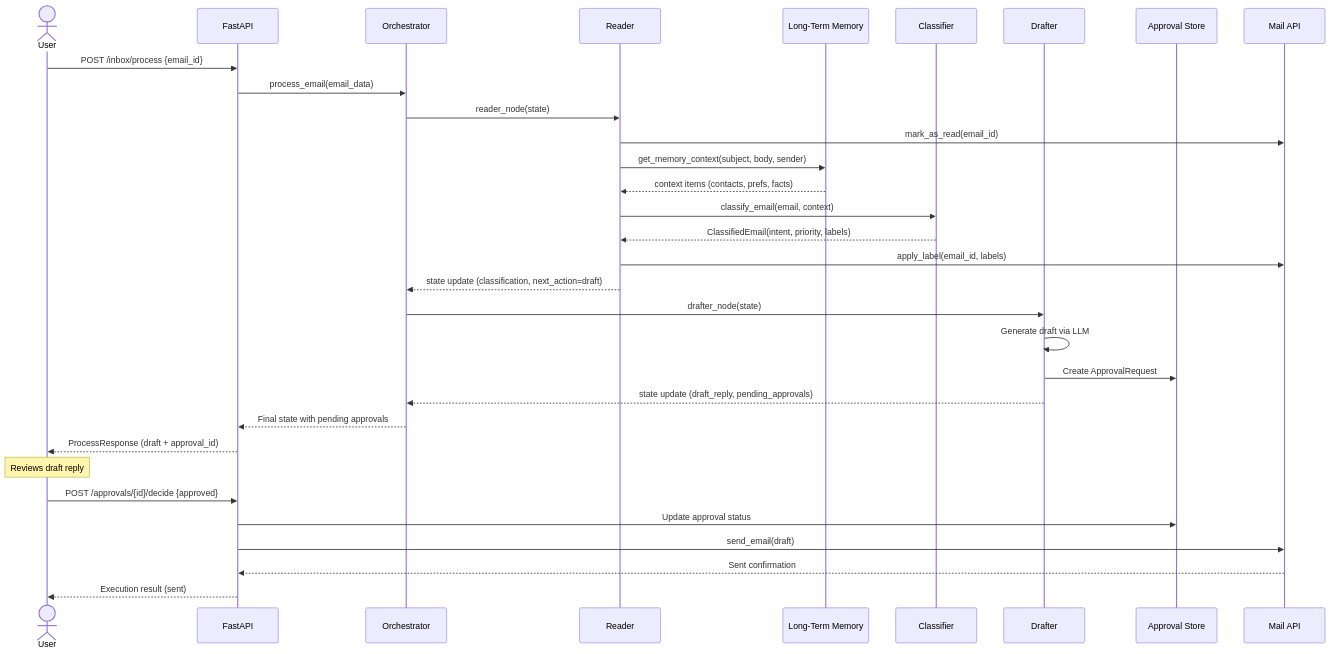
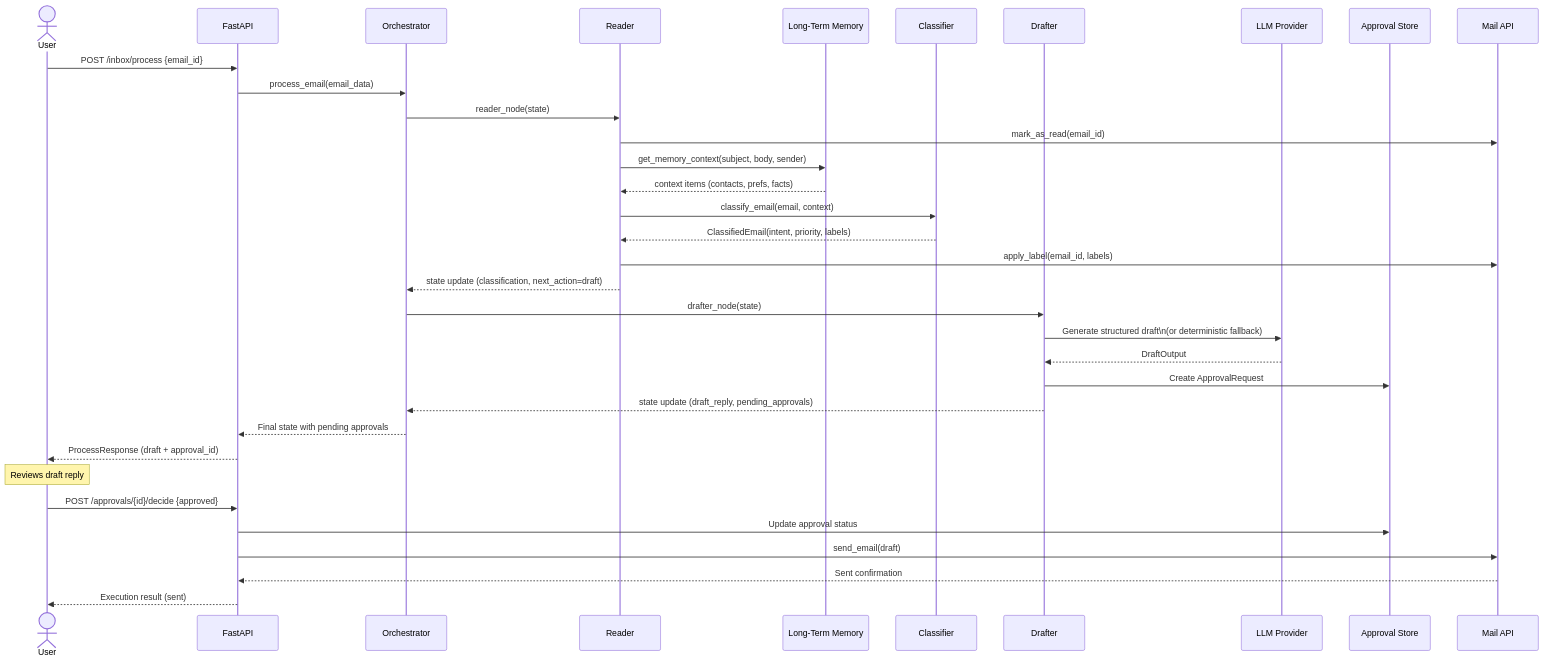
The third of 4 diagrams in docs/architecture.md (ArgirisBaras/betsson_assessment), drawn with Mermaid before and after one commit. The commit also changed other lines of this file and 1 other file, not shown here.

Commit message:
docs: update README and architecture

````diff
--- a/docs/architecture.md
+++ b/docs/architecture.md
@@ -126,40 +130,42 @@
 ```mermaid
 sequenceDiagram
     actor User
     participant API as FastAPI
     participant ORC as Orchestrator
     participant RDR as Reader
     participant MEM as Long-Term Memory
     participant CLS as Classifier
     participant DRF as Drafter
+    participant LLM as LLM Provider
     participant APR as Approval Store
     participant MAIL as Mail API
 
     User->>API: POST /inbox/process {email_id}
     API->>ORC: process_email(email_data)
 
     ORC->>RDR: reader_node(state)
     RDR->>MAIL: mark_as_read(email_id)
     RDR->>MEM: get_memory_context(subject, body, sender)
     MEM-->>RDR: context items (contacts, prefs, facts)
     RDR->>CLS: classify_email(email, context)
     CLS-->>RDR: ClassifiedEmail(intent, priority, labels)
     RDR->>MAIL: apply_label(email_id, labels)
     RDR-->>ORC: state update (classification, next_action=draft)
 
     ORC->>DRF: drafter_node(state)
-    DRF->>DRF: Generate draft via LLM
+    DRF->>LLM: Generate structured draft\n(or deterministic fallback)
+    LLM-->>DRF: DraftOutput
     DRF->>APR: Create ApprovalRequest
     DRF-->>ORC: state update (draft_reply, pending_approvals)
 
     ORC-->>API: Final state with pending approvals
     API-->>User: ProcessResponse (draft + approval_id)
 
     Note over User: Reviews draft reply
 
     User->>API: POST /approvals/{id}/decide {approved}
     API->>APR: Update approval status
     API->>MAIL: send_email(draft)
     MAIL-->>API: Sent confirmation
     API-->>User: Execution result (sent)
 ```
````
